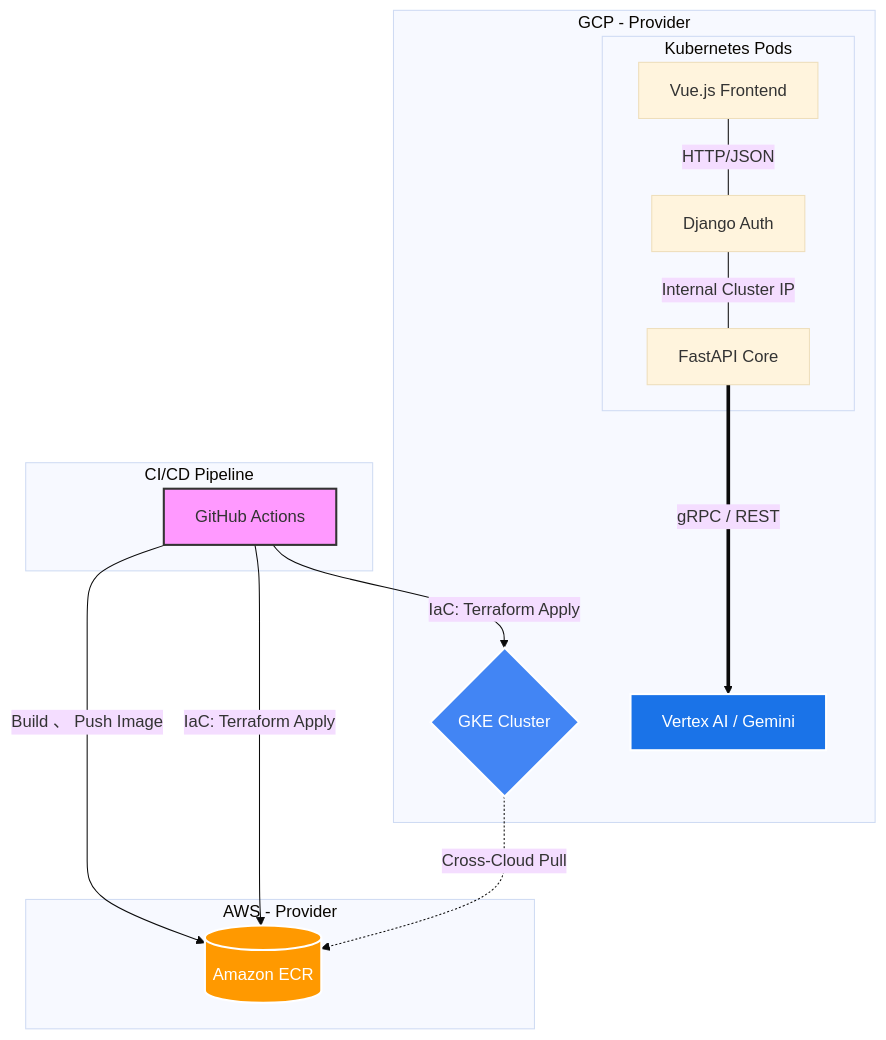
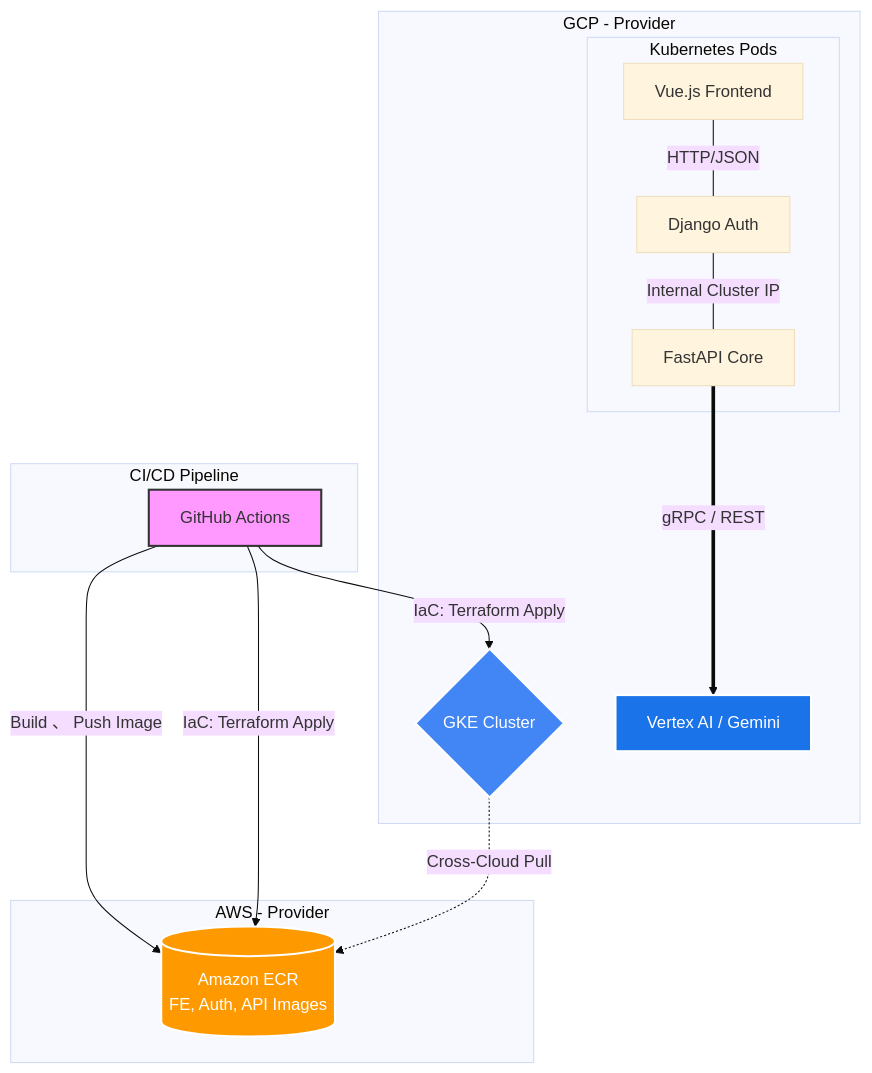
The diagram in README.md (towfd/microservice-tf-provisioning), drawn with Mermaid (base theme) before and after one commit. The commit also changed 7 other files, not shown here.

````diff
--- a/README.md
+++ b/README.md
@@ -49,38 +49,38 @@
 ```mermaid
 graph TD
     subgraph GitHub_Actions [CI/CD Pipeline]
         GA[GitHub Actions]
     end
 
     subgraph AWS_Cloud [AWS - Provider]
-        ECR[(Amazon ECR)]
+        ECR[(Amazon ECR <br> FE, Auth, API Images)]
     end
 
     subgraph GCP_Cloud [GCP - Provider]
         GKE{GKE Cluster}
         VA[Vertex AI / Gemini]
         
         subgraph Microservices [Kubernetes Pods]
             FE[Vue.js Frontend]
             Auth[Django Auth]
             API[FastAPI Core]
         end
     end
 
     %% 流程線
     GA -->|Build 、 Push Image| ECR
     GA -->|IaC: Terraform Apply| GKE
     GA -->|IaC: Terraform Apply| ECR
     GKE -.->|Cross-Cloud Pull| ECR
     API ===>|gRPC / REST| VA
     
     %% 服務間通信
     FE ---|HTTP/JSON| Auth
     Auth ---|Internal Cluster IP| API
 
     %% 樣式美化
     style GA fill:#f9f,stroke:#333,stroke-width:2px
     style ECR fill:#FF9900,stroke:#fff,stroke-width:2px,color:#fff
     style GKE fill:#4285F4,stroke:#fff,stroke-width:2px,color:#fff
     style VA fill:#1a73e8,stroke:#fff,stroke-width:2px,color:#fff
 ```
````
